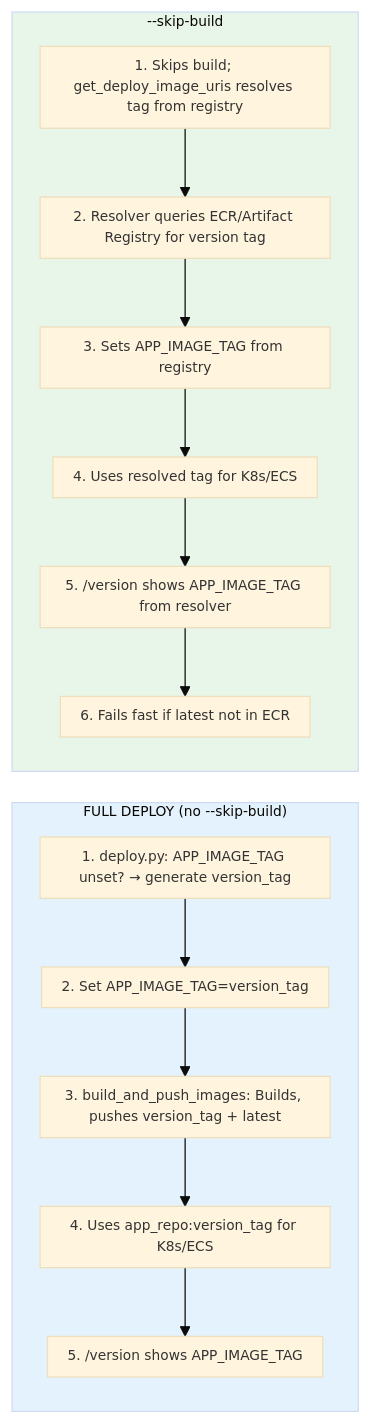
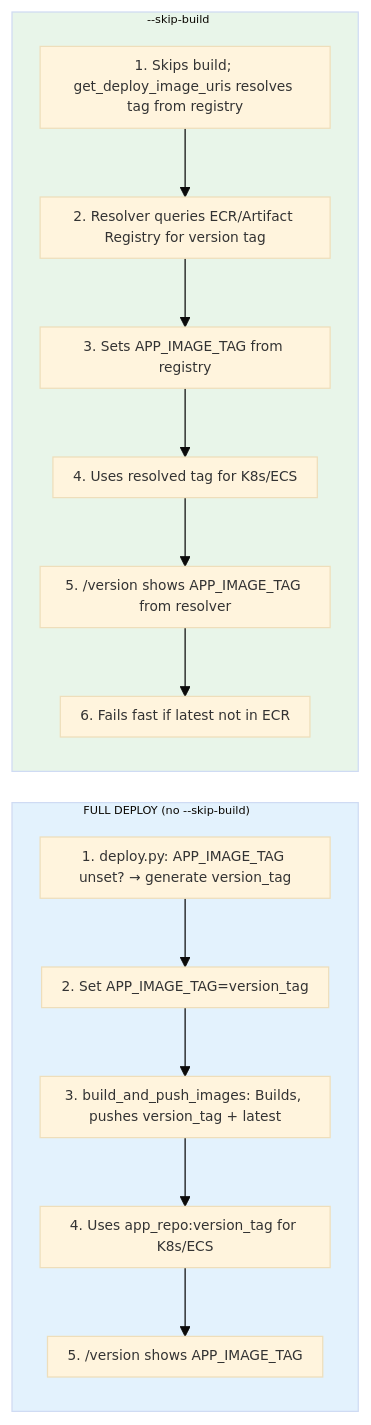
Before and after one commit to horselord-joe-8053/ultra-fru-genai-analytics-new: the third of 8 diagrams in docs/war_stories/WAR_STORIES_CLOUD_SHARED.md, drawn with Mermaid. The commit also changed other lines of this file and 5 other files, not shown here.

````diff
--- a/docs/war_stories/WAR_STORIES_CLOUD_SHARED.md
+++ b/docs/war_stories/WAR_STORIES_CLOUD_SHARED.md
@@ -1095,25 +1230,25 @@
 ```mermaid
 %%{init: {'theme': 'base', 'themeVariables': { 'fontSize': '11px', 'fontFamily': 'sans-serif' }, 'flowchart': { 'padding': 8, 'nodeSpacing': 25, 'rankSpacing': 30 }}}%%
 flowchart LR
     subgraph FULL["FULL DEPLOY (no --skip-build)"]
         direction TB
         F1["1. deploy.py: APP_IMAGE_TAG unset? → generate version_tag"]
         F2["2. Set APP_IMAGE_TAG=version_tag"]
         F3["3. build_and_push_images: Builds, pushes version_tag + latest"]
         F4["4. Uses app_repo:version_tag for K8s/ECS"]
         F5["5. /version shows APP_IMAGE_TAG"]
         F1 --> F2 --> F3 --> F4 --> F5
     end
     subgraph SKIP["--skip-build"]
         direction TB
         S1["1. Skips build; get_deploy_image_uris resolves tag from registry"]
         S2["2. Resolver queries ECR/Artifact Registry for version tag"]
         S3["3. Sets APP_IMAGE_TAG from registry"]
         S4["4. Uses resolved tag for K8s/ECS"]
         S5["5. /version shows APP_IMAGE_TAG from resolver"]
         S6["6. Fails fast if latest not in ECR"]
         S1 --> S2 --> S3 --> S4 --> S5 --> S6
     end
-    style FULL fill:#e3f2fd
-    style SKIP fill:#e8f5e9
+    style FULL fill:#e3f2fd,font-size:9px
+    style SKIP fill:#e8f5e9,font-size:9px
 ```
````
